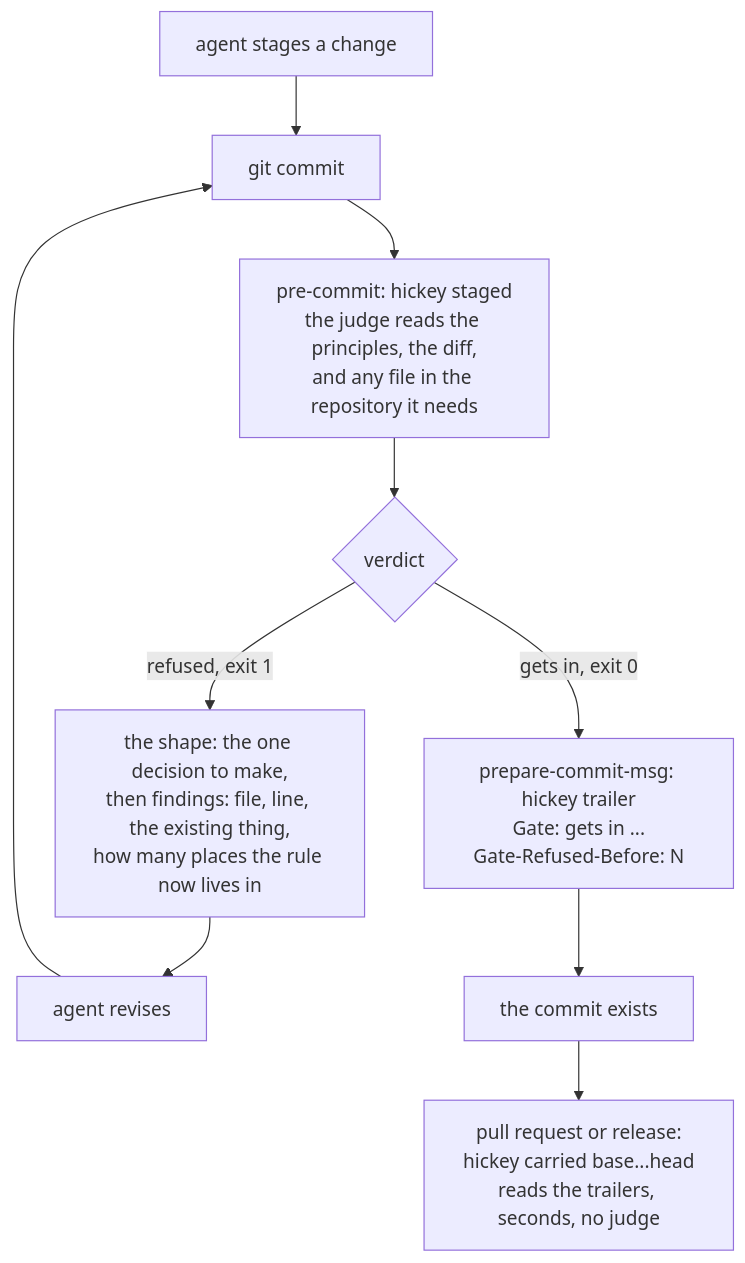
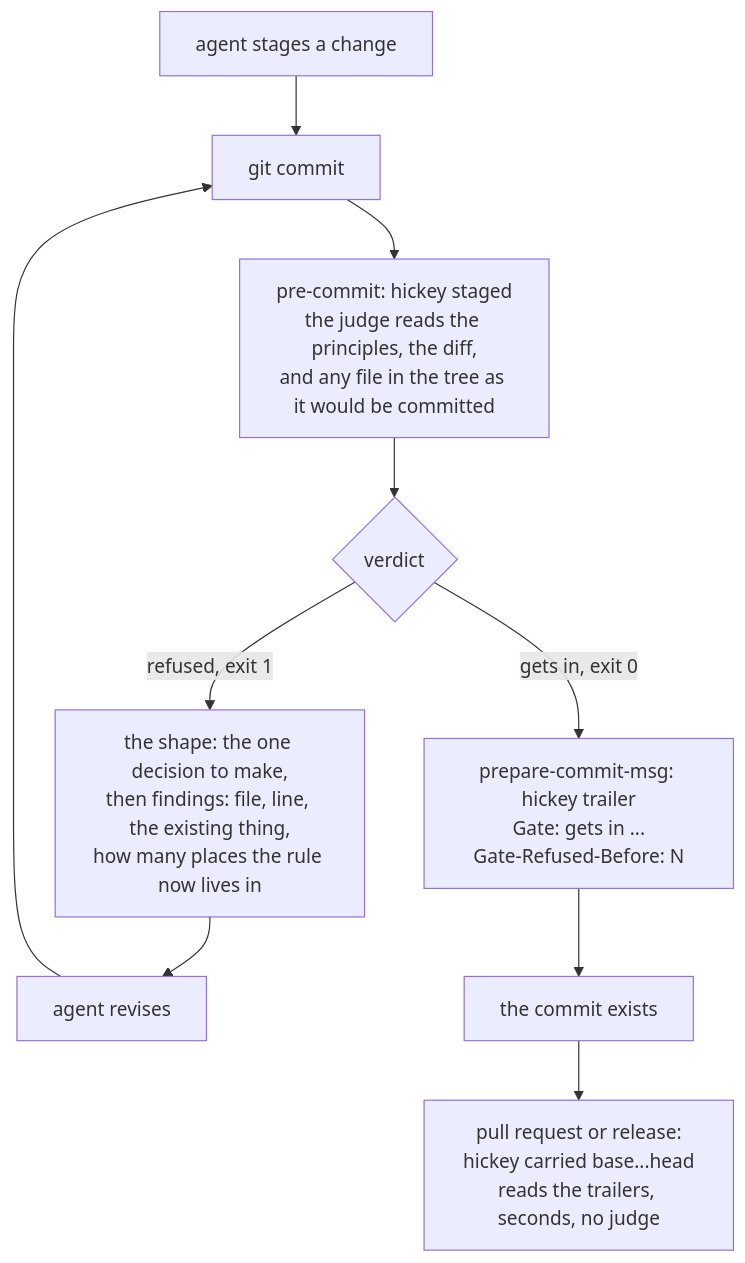
The diagram in README.md (lloyal-ai/hickey), drawn with Mermaid before and after one commit. The commit also changed other lines of this file and 7 other files, not shown here.

````diff
--- a/README.md
+++ b/README.md
@@ -64,12 +64,12 @@
 ```mermaid
 flowchart TD
     A[agent stages a change] --> B[git commit]
-    B --> C["pre-commit: hickey staged<br/>the judge reads the principles, the diff,<br/>and any file in the repository it needs"]
+    B --> C["pre-commit: hickey staged<br/>the judge reads the principles, the diff,<br/>and any file in the tree as it would be committed"]
     C --> D{verdict}
     D -- refused, exit 1 --> E["the shape: the one decision to make,<br/>then findings: file, line, the existing thing,<br/>how many places the rule now lives in"]
     E --> F[agent revises]
     F --> B
     D -- gets in, exit 0 --> G["prepare-commit-msg: hickey trailer<br/>Gate: gets in ...<br/>Gate-Refused-Before: N"]
     G --> H[the commit exists]
     H --> I["pull request or release:<br/>hickey carried base...head<br/>reads the trailers, seconds, no judge"]
 ```
````
